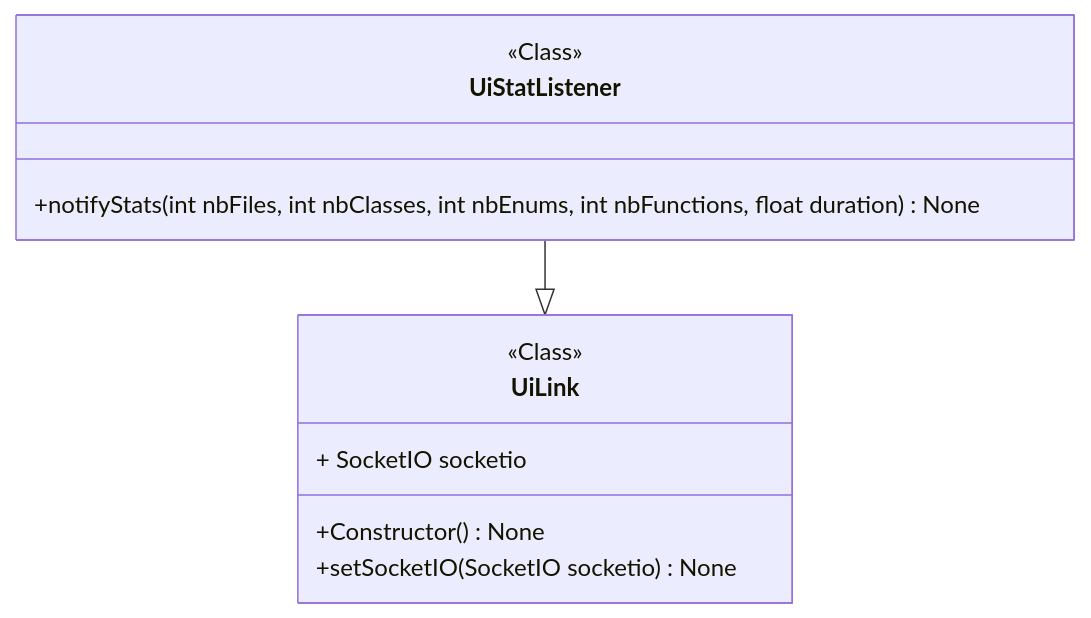
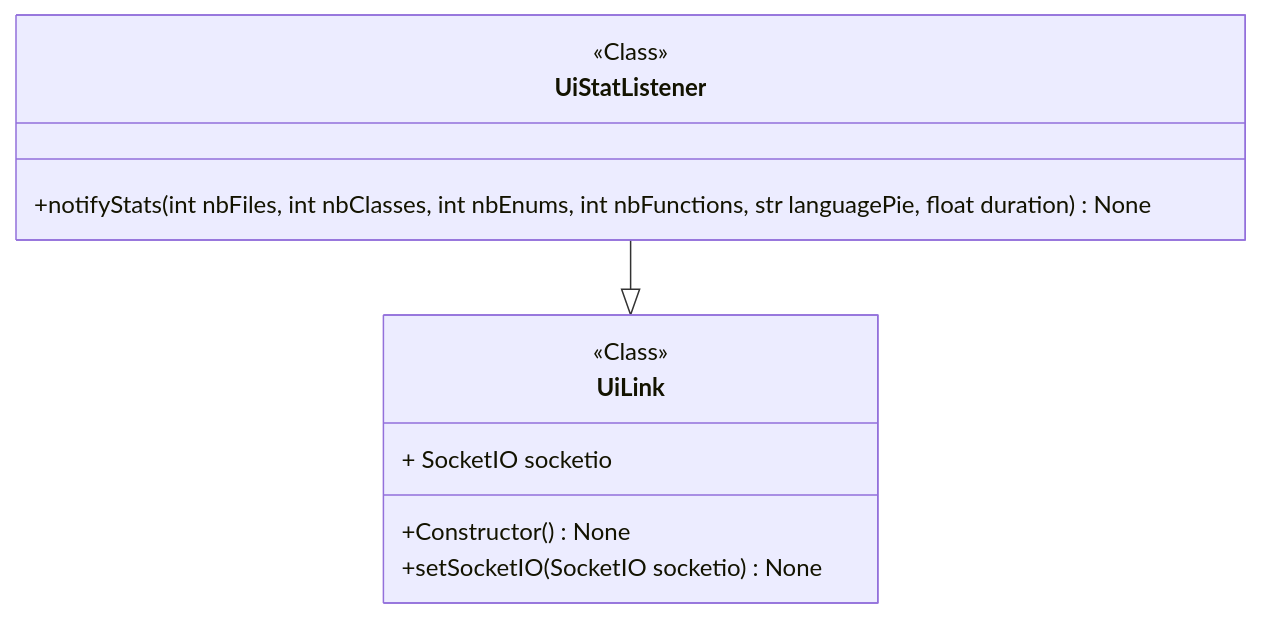
The diagram in docs/source/code/diagrams/pycodeanalyzer_ui_app_UiStatListener.mmd (miong/pycodeanalyzer), drawn with Mermaid before and after one commit. The commit also changed 18 other files, not shown here.

Commit message:
Add language pie chart

```diff
--- a/docs/source/code/diagrams/pycodeanalyzer_ui_app_UiStatListener.mmd
+++ b/docs/source/code/diagrams/pycodeanalyzer_ui_app_UiStatListener.mmd
@@ -1,13 +1,13 @@
 classDiagram
 class UiStatListener {
 <<Class>>
-+notifyStats(int nbFiles, int nbClasses, int nbEnums, int nbFunctions, float duration) None
++notifyStats(int nbFiles, int nbClasses, int nbEnums, int nbFunctions, str languagePie, float duration) None
 }
 class UiLink {
 <<Class>>
 + SocketIO socketio
 +Constructor() None
 +setSocketIO(SocketIO socketio) None
 }
 link UiLink "class££pycodeanalyzer::ui::app::UiLink"
 UiStatListener --|> UiLink
```
